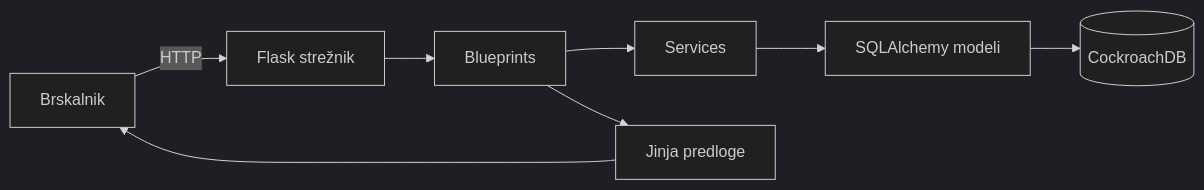
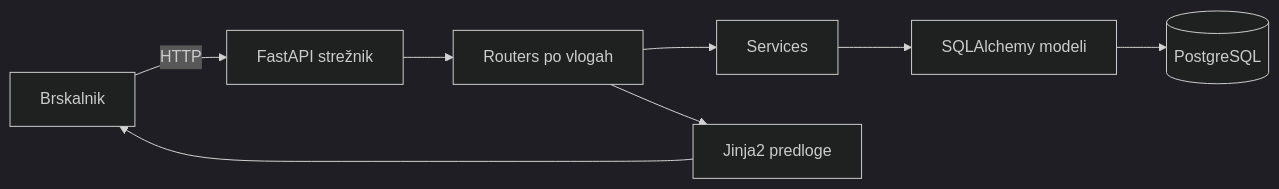
Before and after one commit to PopeVitalian/RIRIS: the diagram in docs/04-arhitektura-in-tehnoloski-sklad.md, drawn with Mermaid (dark theme). The commit also changed other lines of this file and 20 other files, not shown here.

````diff
--- a/docs/04-arhitektura-in-tehnoloski-sklad.md
+++ b/docs/04-arhitektura-in-tehnoloski-sklad.md
@@ -48,10 +37,10 @@
 ```mermaid
 flowchart LR
-    B[Brskalnik] -->|HTTP| F[Flask strežnik]
-    F --> BP[Blueprints]
-    BP --> SVC[Services]
+    B[Brskalnik] -->|HTTP| F[FastAPI strežnik]
+    F --> R[Routers po vlogah]
+    R --> SVC[Services]
     SVC --> ORM[SQLAlchemy modeli]
-    ORM --> DB[(CockroachDB)]
-    BP --> T[Jinja predloge]
+    ORM --> DB[(PostgreSQL)]
+    R --> T[Jinja2 predloge]
     T --> B
 ```
````
